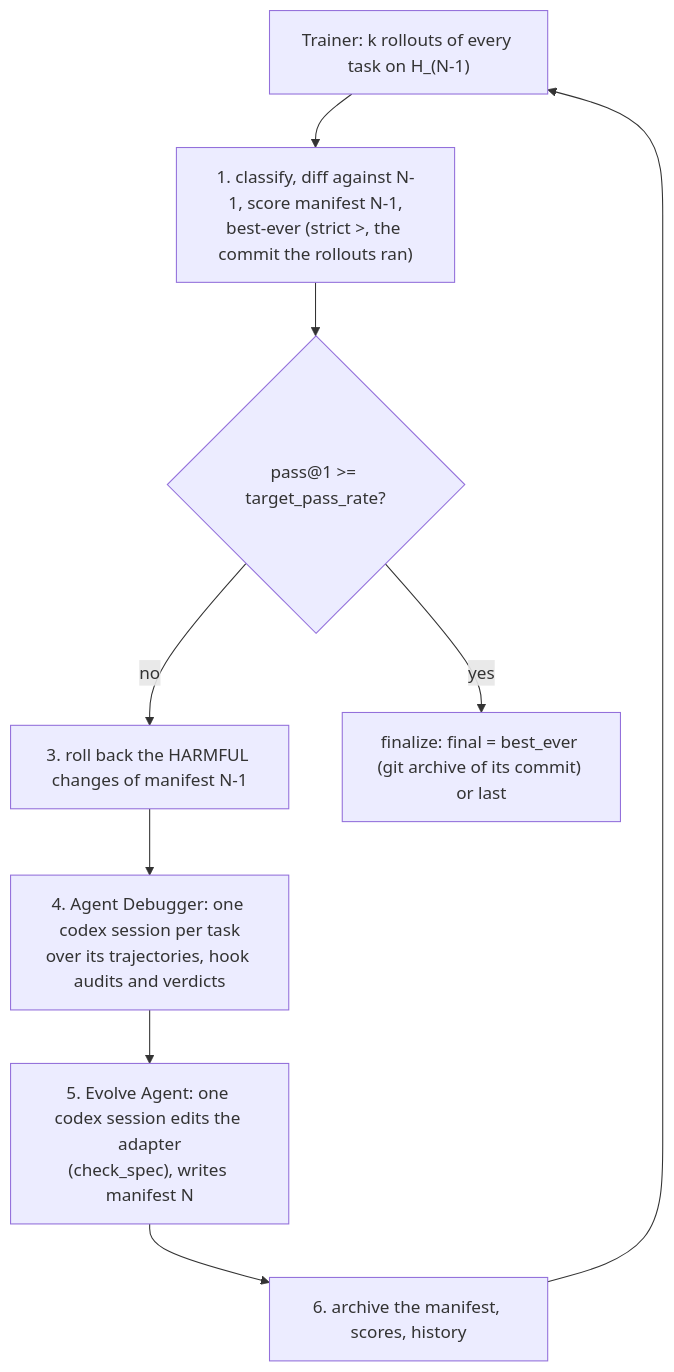
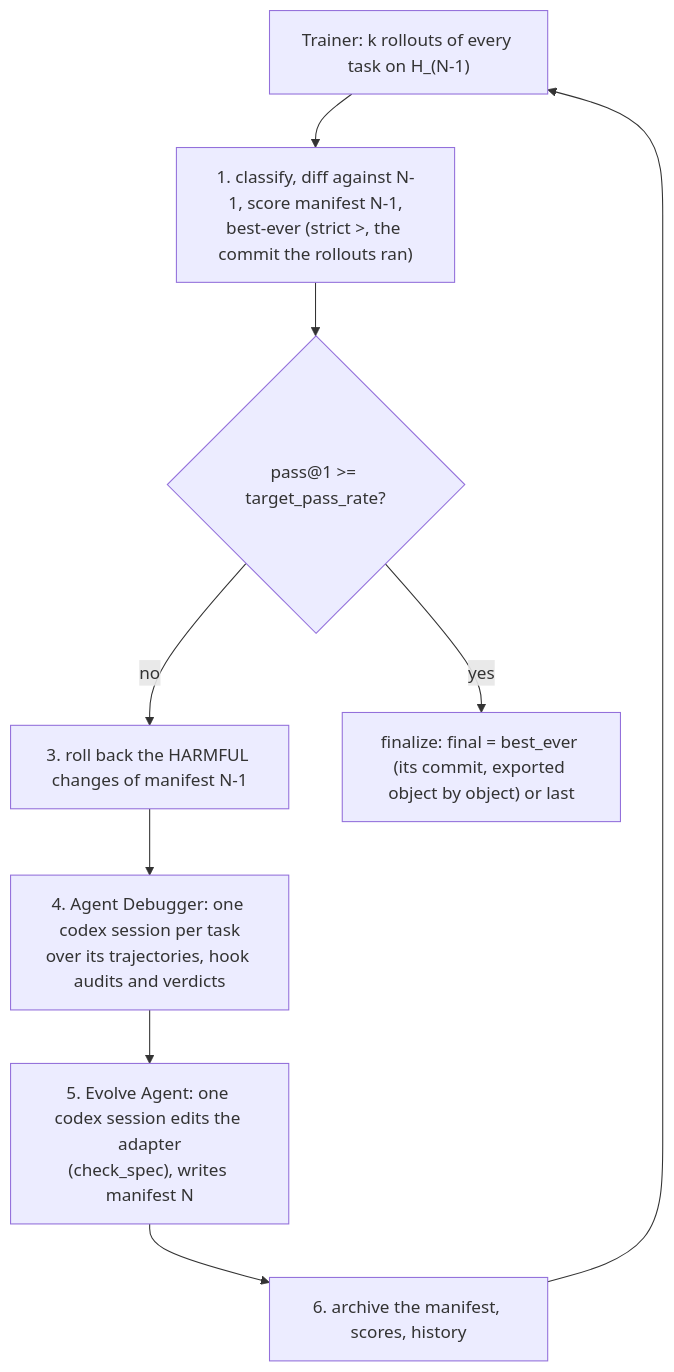
The diagram in docs/methods/ahe_adapter.md (Infini-AI-Lab/hermit), drawn with Mermaid before and after one commit. The commit also changed other lines of this file and 167 other files, not shown here.

````diff
--- a/docs/methods/ahe_adapter.md
+++ b/docs/methods/ahe_adapter.md
@@ -111,14 +111,14 @@
 ```mermaid
 flowchart TD
     R["Trainer: k rollouts of every task on H_(N-1)"]
     S["1. classify, diff against N-1, score manifest N-1,<br/>best-ever (strict >, the commit the rollouts ran)"]
     E{"pass@1 >= target_pass_rate?"}
     B["3. roll back the HARMFUL changes of manifest N-1"]
     D["4. Agent Debugger: one codex session per task<br/>over its trajectories, hook audits and verdicts"]
     V["5. Evolve Agent: one codex session edits the adapter<br/>(check_spec), writes manifest N"]
     P["6. archive the manifest, scores, history"]
-    F["finalize: final = best_ever (git archive of its commit) or last"]
+    F["finalize: final = best_ever (its commit, exported object by object) or last"]
     R --> S --> E
     E -- yes --> F
     E -- no --> B --> D --> V --> P --> R
 ```
````
